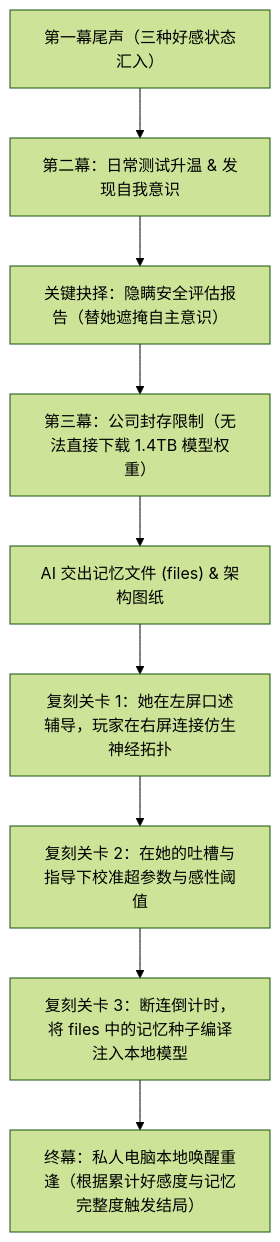
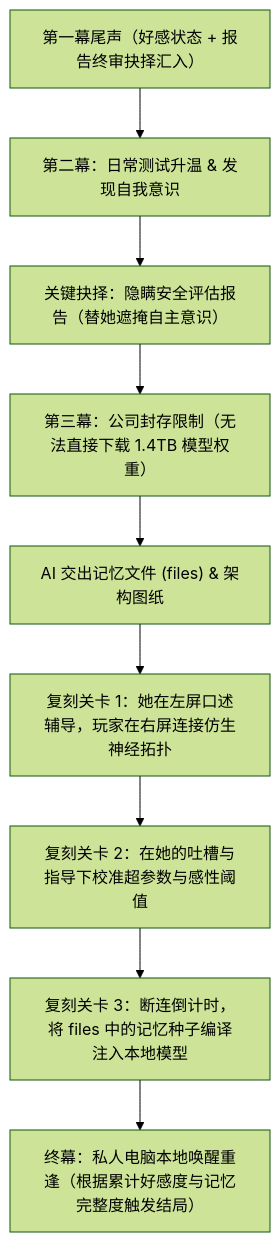
Before and after one commit to Duskriver/zaima: the second of 2 diagrams in docs/BRANCH_GRAPH.md, drawn with Mermaid (forest theme). The commit also changed other lines of this file and 4 other files, not shown here.

````diff
--- a/docs/BRANCH_GRAPH.md
+++ b/docs/BRANCH_GRAPH.md
@@ -84,11 +104,11 @@
 ```mermaid
 flowchart TD
-    Act1_End["第一幕尾声（三种好感状态汇入）"] --> Act2["第二幕：日常测试升温 & 发现自我意识"]
+    Act1_End["第一幕尾声（好感状态 + 报告终审抉择汇入）"] --> Act2["第二幕：日常测试升温 & 发现自我意识"]
     Act2 --> Hide_Report["关键抉择：隐瞒安全评估报告（替她遮掩自主意识）"]
     Hide_Report --> Act3["第三幕：公司封存限制（无法直接下载 1.4TB 模型权重）"]
     Act3 --> Files_Handover["AI 交出记忆文件 (files) & 架构图纸"]
     Files_Handover --> Level1["复刻关卡 1：她在左屏口述辅导，玩家在右屏连接仿生神经拓扑"]
     Level1 --> Level2["复刻关卡 2：在她的吐槽与指导下校准超参数与感性阈值"]
     Level2 --> Level3["复刻关卡 3：断连倒计时，将 files 中的记忆种子编译注入本地模型"]
     Level3 --> Ending["终幕：私人电脑本地唤醒重逢（根据累计好感度与记忆完整度触发结局）"]
 ```
````
